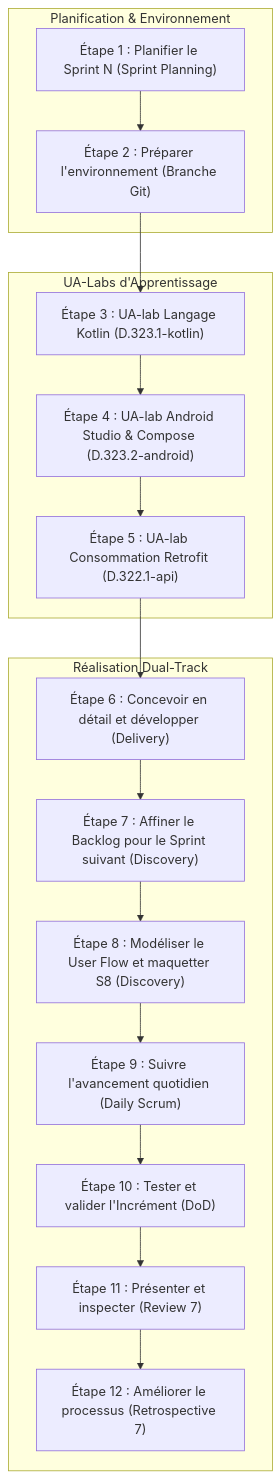
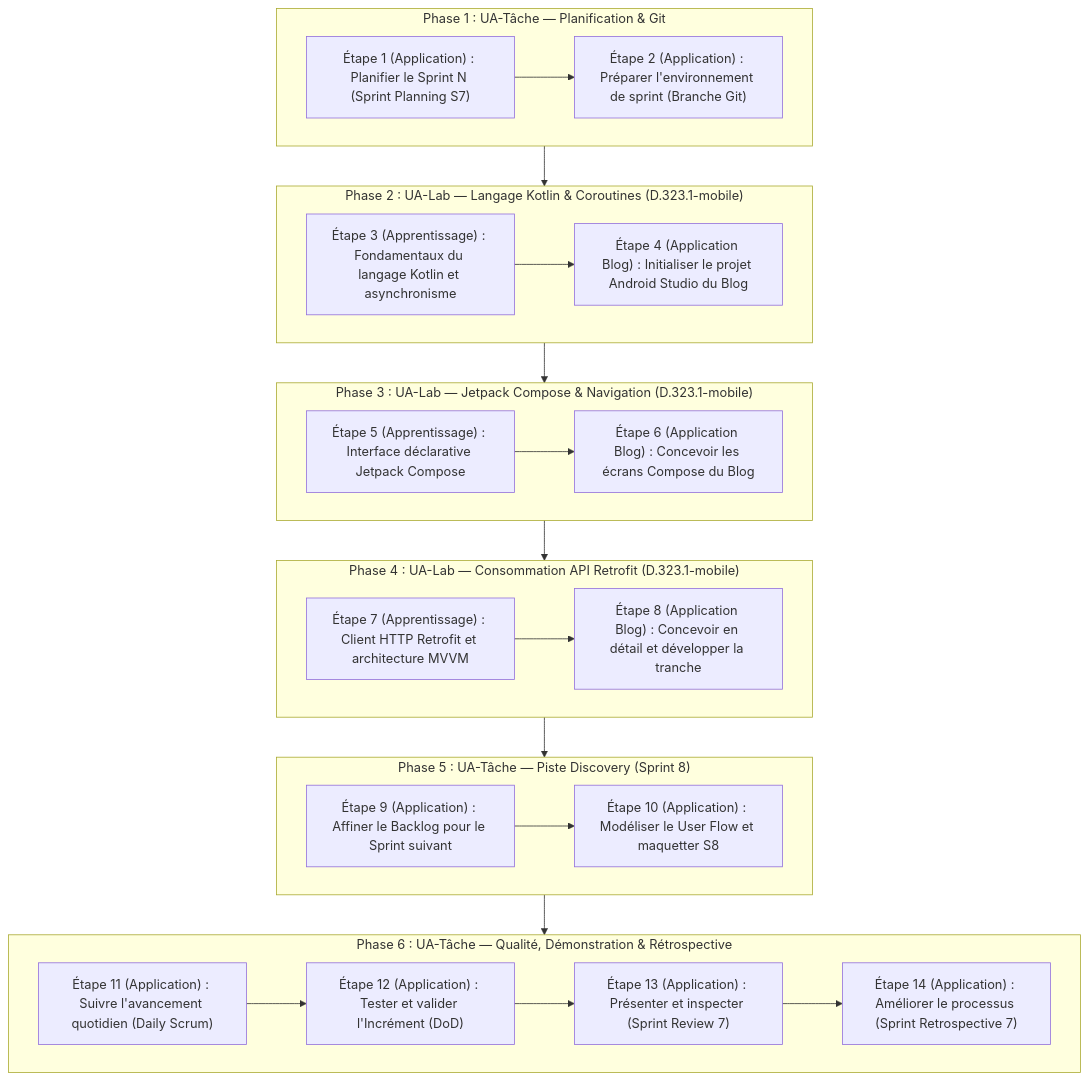
One commit to labs-web/projet-imiation-n3 changed the diagram in flux-travail/sessions/flux-travail-s7.md. Above: the diagram before and after it, drawn with Mermaid. The commit also changed other lines of this file and 12 other files, not shown here.

````diff
--- a/flux-travail/sessions/flux-travail-s7.md
+++ b/flux-travail/sessions/flux-travail-s7.md
@@ -63,22 +56,42 @@
 ```mermaid
 flowchart TD
-    subgraph S7_Prep ["Planification & Environnement"]
-        R1["Étape 1 : Planifier le Sprint N (Sprint Planning)"] --> R2["Étape 2 : Préparer l'environnement (Branche Git)"]
+    subgraph P1 ["Phase 1 : UA-Tâche — Planification & Git"]
+        E1["Étape 1 (Application) : Planifier le Sprint N (Sprint Planning S7)"]
+        E2["Étape 2 (Application) : Préparer l'environnement de sprint (Branche Git)"]
+        E1 --> E2
     end
 
-    subgraph S7_Labs ["UA-Labs d'Apprentissage"]
-        R2 --> U1["Étape 3 : UA-lab Langage Kotlin (D.323.1-kotlin)"]
-        U1 --> U2["Étape 4 : UA-lab Android Studio & Compose (D.323.2-android)"]
-        U2 --> U3["Étape 5 : UA-lab Consommation Retrofit (D.322.1-api)"]
+    subgraph P2 ["Phase 2 : UA-Lab — Langage Kotlin & Coroutines (D.323.1-mobile)"]
+        E3["Étape 3 (Apprentissage) : Fondamentaux du langage Kotlin et asynchronisme"]
+        E4["Étape 4 (Application Blog) : Initialiser le projet Android Studio du Blog"]
+        E3 --> E4
     end
 
-    subgraph S7_Real ["Réalisation Dual-Track"]
-        U3 --> R3["Étape 6 : Concevoir en détail et développer (Delivery)"]
-        R3 --> R4["Étape 7 : Affiner le Backlog pour le Sprint suivant (Discovery)"]
-        R4 --> R5["Étape 8 : Modéliser le User Flow et maquetter S8 (Discovery)"]
-        R5 --> R6["Étape 9 : Suivre l'avancement quotidien (Daily Scrum)"]
-        R6 --> R7["Étape 10 : Tester et valider l'Incrément (DoD)"]
-        R7 --> R8["Étape 11 : Présenter et inspecter (Review 7)"]
-        R8 --> R9["Étape 12 : Améliorer le processus (Retrospective 7)"]
+    subgraph P3 ["Phase 3 : UA-Lab — Jetpack Compose & Navigation (D.323.1-mobile)"]
+        E5["Étape 5 (Apprentissage) : Interface déclarative Jetpack Compose"]
+        E6["Étape 6 (Application Blog) : Concevoir les écrans Compose du Blog"]
+        E5 --> E6
     end
+
+    subgraph P4 ["Phase 4 : UA-Lab — Consommation API Retrofit (D.323.1-mobile)"]
+        E7["Étape 7 (Apprentissage) : Client HTTP Retrofit et architecture MVVM"]
+        E8["Étape 8 (Application Blog) : Concevoir en détail et développer la tranche"]
+        E7 --> E8
+    end
+
+    subgraph P5 ["Phase 5 : UA-Tâche — Piste Discovery (Sprint 8)"]
+        E9["Étape 9 (Application) : Affiner le Backlog pour le Sprint suivant"]
+        E10["Étape 10 (Application) : Modéliser le User Flow et maquetter S8"]
+        E9 --> E10
+    end
+
+    subgraph P6 ["Phase 6 : UA-Tâche — Qualité, Démonstration & Rétrospective"]
+        E11["Étape 11 (Application) : Suivre l'avancement quotidien (Daily Scrum)"]
+        E12["Étape 12 (Application) : Tester et valider l'Incrément (DoD)"]
+        E13["Étape 13 (Application) : Présenter et inspecter (Sprint Review 7)"]
+        E14["Étape 14 (Application) : Améliorer le processus (Sprint Retrospective 7)"]
+        E11 --> E12 --> E13 --> E14
+    end
+
+    P1 --> P2 --> P3 --> P4 --> P5 --> P6
 ```
````
